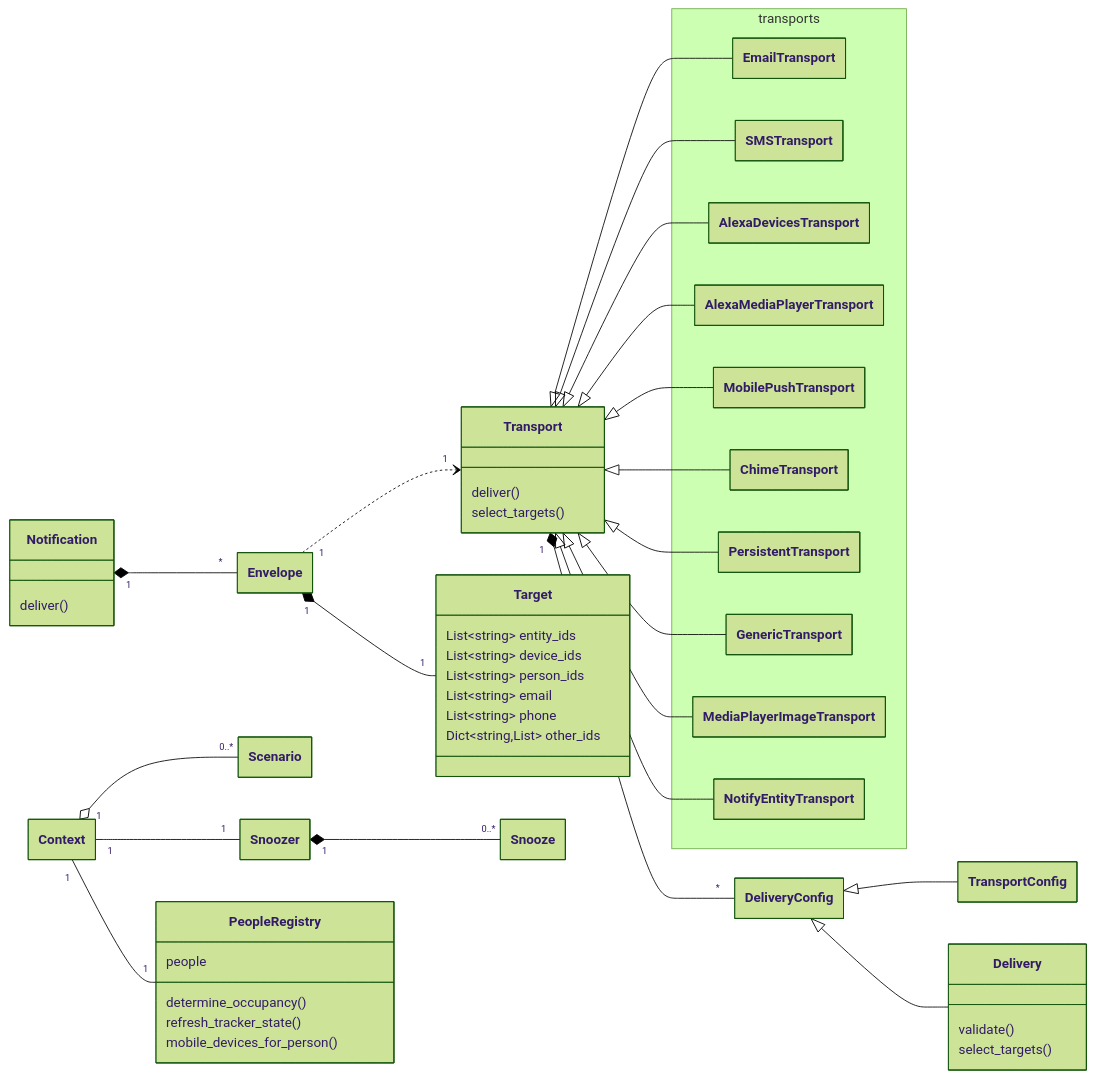
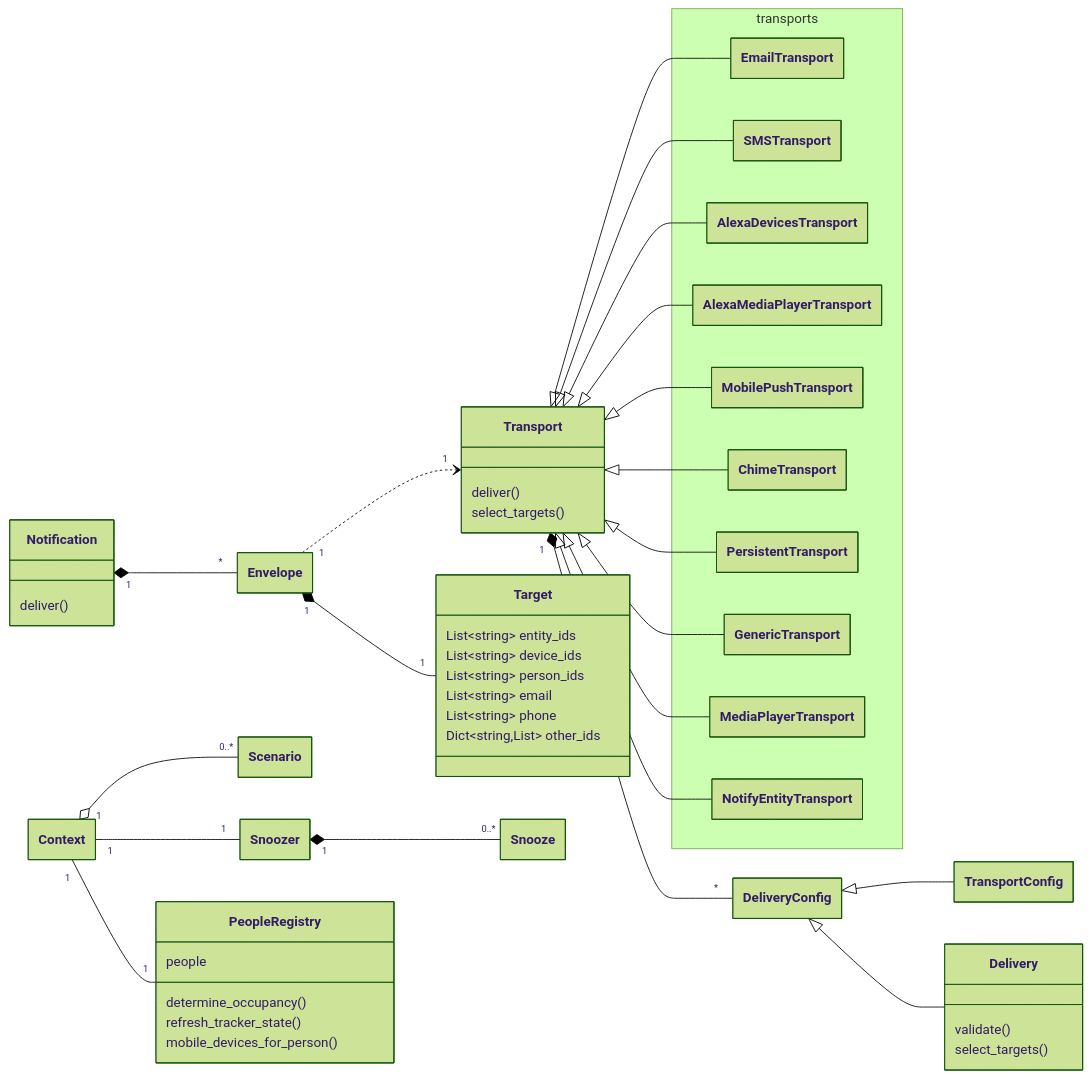
Before and after one commit to rhizomatics/supernotify: the diagram in docs/developer/class_diagram.md, drawn with Mermaid (forest theme). The commit also changed 28 other files, not shown here.

````diff
--- a/docs/developer/class_diagram.md
+++ b/docs/developer/class_diagram.md
@@ -7,81 +7,81 @@
 ```mermaid
 ---
   config:
     class:
       hideEmptyMembersBox: true
 ---
 classDiagram
 direction LR
     class Notification {
          deliver()
     }
     class Envelope {
     }
     class Transport {
         deliver()
         select_targets()
     }
     class TransportConfig {
     }
     class Target {
         List~string~ entity_ids
         List~string~ device_ids
         List~string~ person_ids
         List~string~ email
         List~string~ phone
         Dict~string,List~ other_ids
     }
     class Delivery{
         validate()
         select_targets()
     }
     class DeliveryConfig {
     }
     class Context {
     }
     class Scenario {
     }
     class Snoozer {
     }
     class Snooze {
     }
     class PeopleRegistry {
         people
         determine_occupancy()
         refresh_tracker_state()
         mobile_devices_for_person()
     }
     namespace transports {
         class EmailTransport{}
         class SMSTransport{}
         class AlexaDevicesTransport{}
         class AlexaMediaPlayerTransport{}
         class MobilePushTransport{}
         class ChimeTransport{}
         class PersistentTransport{}
         class GenericTransport{}
-        class MediaPlayerImageTransport{}
+        class MediaPlayerTransport{}
         class NotifyEntityTransport{}
     }
 
     Notification "1" *-- "*" Envelope
     Envelope "1" ..> "1" Transport
     Envelope "1" *-- "1" Target
     Transport "1" *-- "*" DeliveryConfig
     Context "1" o-- "0..*" Scenario
     Snoozer "1" *-- "0..*" Snooze
     Context "1" -- "1" Snoozer
     Context "1" -- "1" PeopleRegistry
     DeliveryConfig <|-- TransportConfig
     DeliveryConfig <|-- Delivery
     Transport <|--  EmailTransport
     Transport <|--  SMSTransport
     Transport <|--  AlexaDevicesTransport
     Transport <|--  AlexaMediaPlayerTransport
     Transport <|--  MobilePushTransport
     Transport <|--  ChimeTransport
     Transport <|--  PersistentTransport
     Transport <|--  GenericTransport
-    Transport <|--  MediaPlayerImageTransport
+    Transport <|--  MediaPlayerTransport
     Transport <|--  NotifyEntityTransport
 ```
````
